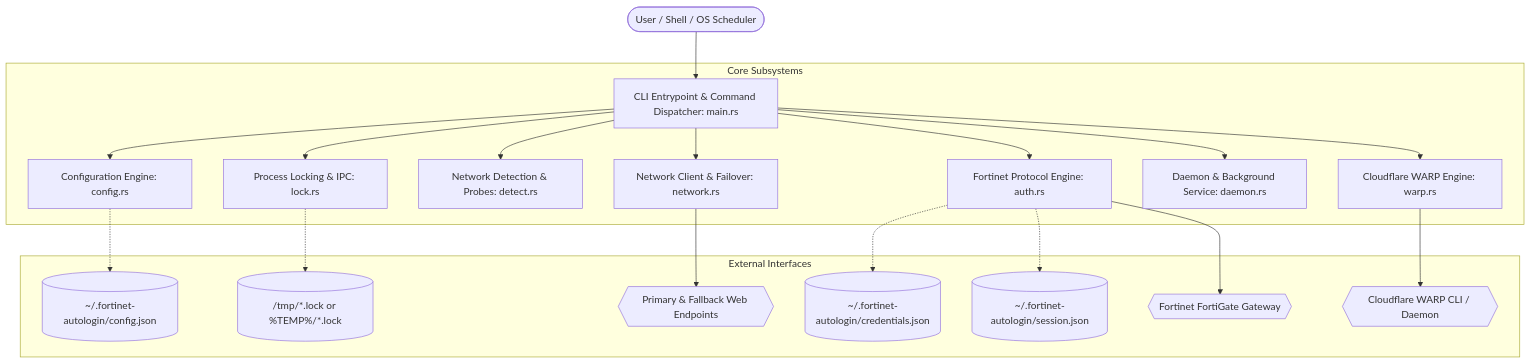
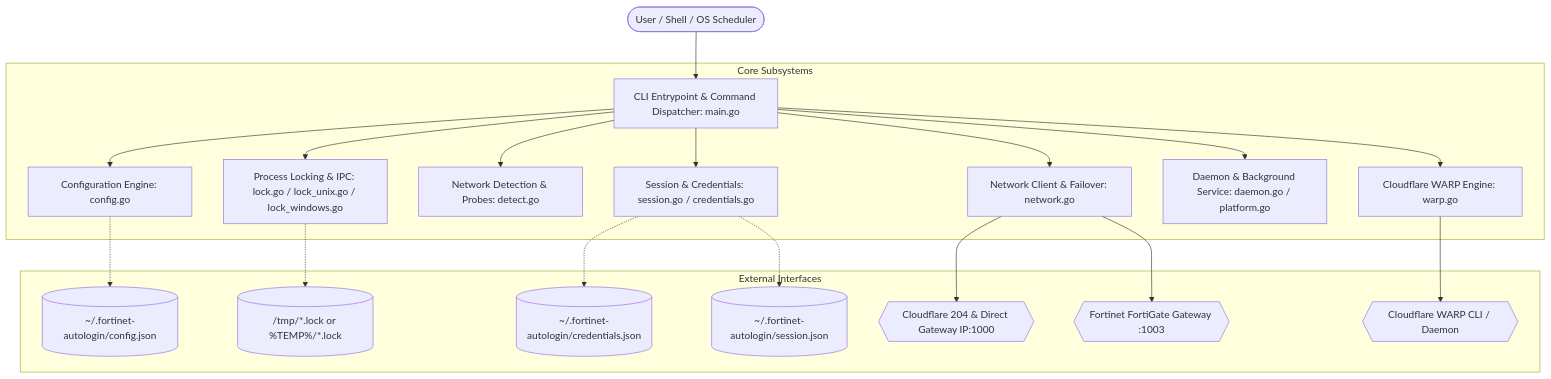
The first of 3 diagrams in docs/ARCHITECTURE.md (c2-07/fortinet-auto-login), drawn with Mermaid before and after one commit. The commit also changed other lines of this file and 2 other files, not shown here.

Commit message:
docs: document direct gateway fallback, fast retry backoff, and logout cache cleanup

````diff
--- a/docs/ARCHITECTURE.md
+++ b/docs/ARCHITECTURE.md
@@ -11,24 +11,24 @@
 ```mermaid
 graph TD
-    User([User / Shell / OS Scheduler]) --> CLI[CLI Entrypoint & Command Dispatcher: main.rs]
+    User([User / Shell / OS Scheduler]) --> CLI[CLI Entrypoint & Command Dispatcher: main.go]
     
     subgraph Core Subsystems
-        CLI --> Config[Configuration Engine: config.rs]
-        CLI --> Lock[Process Locking & IPC: lock.rs]
-        CLI --> Detect[Network Detection & Probes: detect.rs]
-        CLI --> Net[Network Client & Failover: network.rs]
-        CLI --> Auth[Fortinet Protocol Engine: auth.rs]
-        CLI --> Daemon[Daemon & Background Service: daemon.rs]
-        CLI --> Warp[Cloudflare WARP Engine: warp.rs]
+        CLI --> Config[Configuration Engine: config.go]
+        CLI --> Lock[Process Locking & IPC: lock.go / lock_unix.go / lock_windows.go]
+        CLI --> Detect[Network Detection & Probes: detect.go]
+        CLI --> Net[Network Client & Failover: network.go]
+        CLI --> Session[Session & Credentials: session.go / credentials.go]
+        CLI --> Daemon[Daemon & Background Service: daemon.go / platform.go]
+        CLI --> Warp[Cloudflare WARP Engine: warp.go]
     end
 
     subgraph External Interfaces
         Config -.-> ConfigFile[(~/.fortinet-autologin/config.json)]
         Lock -.-> LockFile[(/tmp/*.lock or %TEMP%/*.lock)]
-        Auth -.-> CredStore[(~/.fortinet-autologin/credentials.json)]
-        Auth -.-> SessionStore[(~/.fortinet-autologin/session.json)]
-        Net --> Probes{{Primary & Fallback Web Endpoints}}
-        Auth --> FortiGate{{Fortinet FortiGate Gateway}}
+        Session -.-> CredStore[(~/.fortinet-autologin/credentials.json)]
+        Session -.-> SessionStore[(~/.fortinet-autologin/session.json)]
+        Net --> Probes{{Cloudflare 204 & Direct Gateway IP:1000}}
+        Net --> FortiGate{{Fortinet FortiGate Gateway :1003}}
         Warp --> WarpCLI{{Cloudflare WARP CLI / Daemon}}
     end
 ```
````
